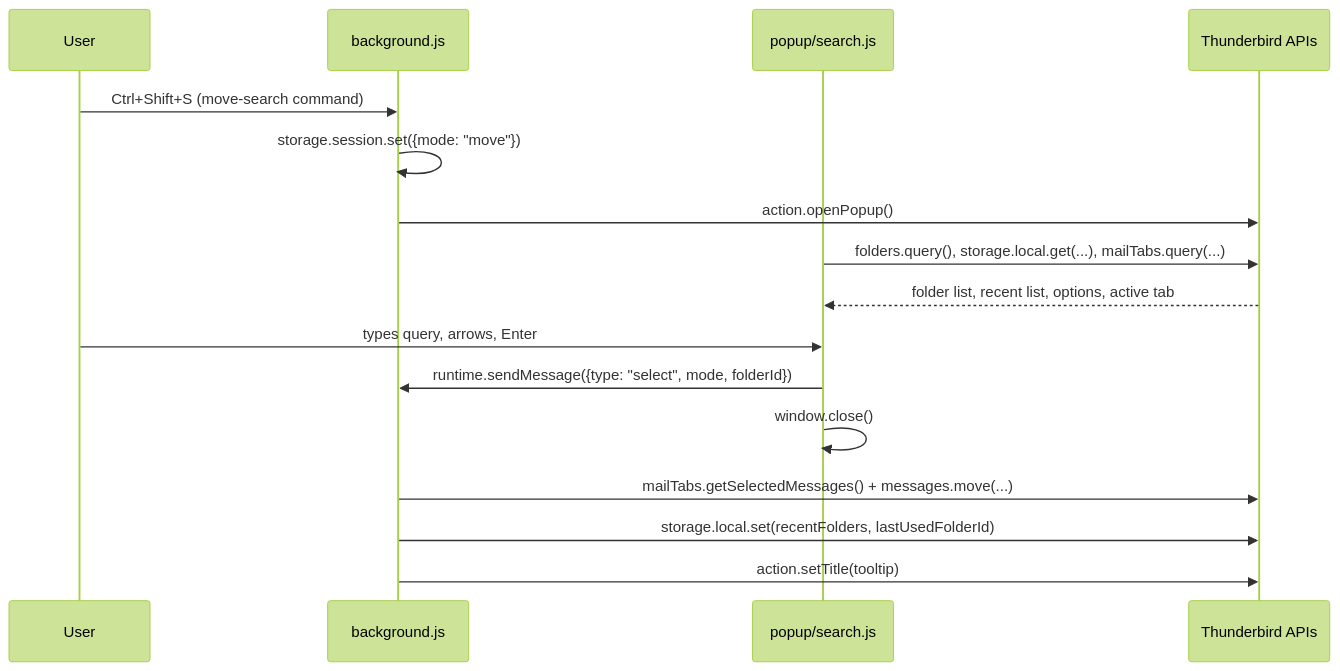
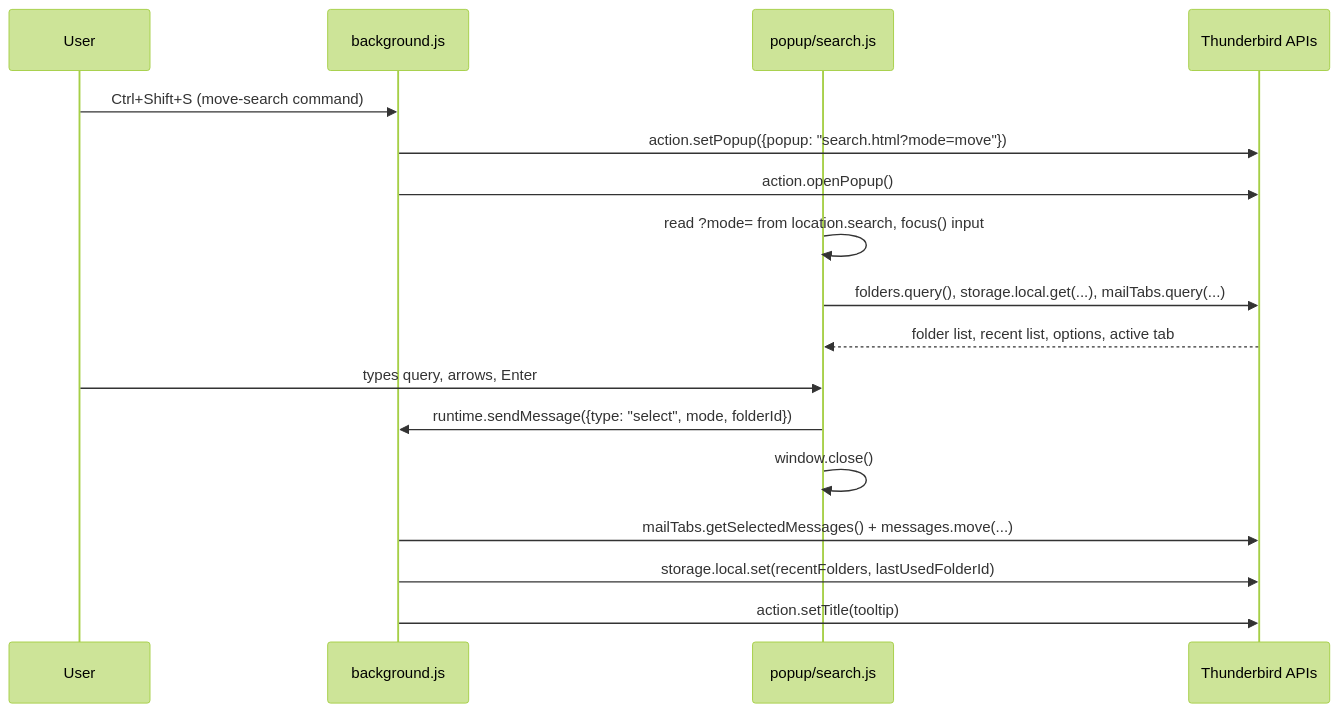
The diagram in ARCHITECTURE.md (BenjaminKobjolke/move-and-jump), drawn with Mermaid (forest theme) before and after one commit. The commit also changed other lines of this file and 3 other files, not shown here.

First line of the commit message:
Fix keyboard shortcuts doing nothing and popup search box losing focus

````diff
--- a/ARCHITECTURE.md
+++ b/ARCHITECTURE.md
@@ -67,19 +110,20 @@
 ```mermaid
 sequenceDiagram
     participant User
     participant BG as background.js
     participant Popup as popup/search.js
     participant TB as Thunderbird APIs
 
     User->>BG: Ctrl+Shift+S (move-search command)
-    BG->>BG: storage.session.set({mode: "move"})
+    BG->>TB: action.setPopup({popup: "search.html?mode=move"})
     BG->>TB: action.openPopup()
+    Popup->>Popup: read ?mode= from location.search, focus() input
     Popup->>TB: folders.query(), storage.local.get(...), mailTabs.query(...)
     TB-->>Popup: folder list, recent list, options, active tab
     User->>Popup: types query, arrows, Enter
     Popup->>BG: runtime.sendMessage({type: "select", mode, folderId})
     Popup->>Popup: window.close()
     BG->>TB: mailTabs.getSelectedMessages() + messages.move(...)
     BG->>TB: storage.local.set(recentFolders, lastUsedFolderId)
     BG->>TB: action.setTitle(tooltip)
 ```
````
